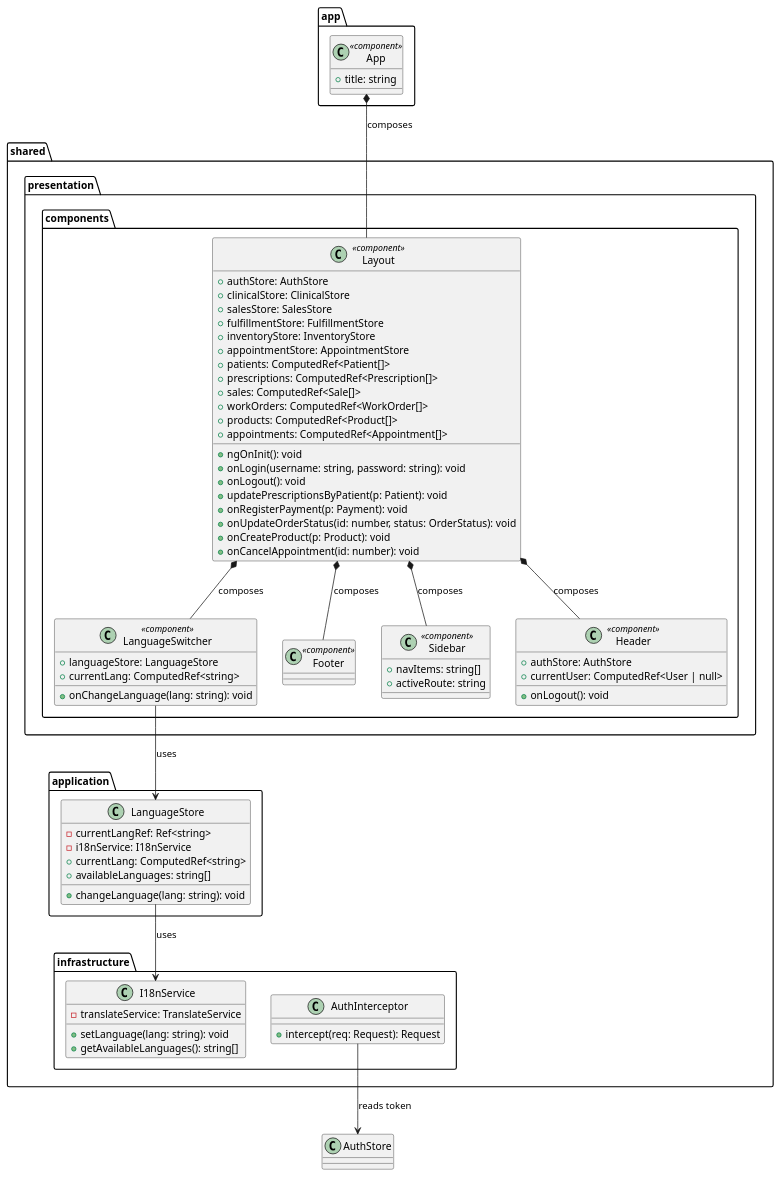
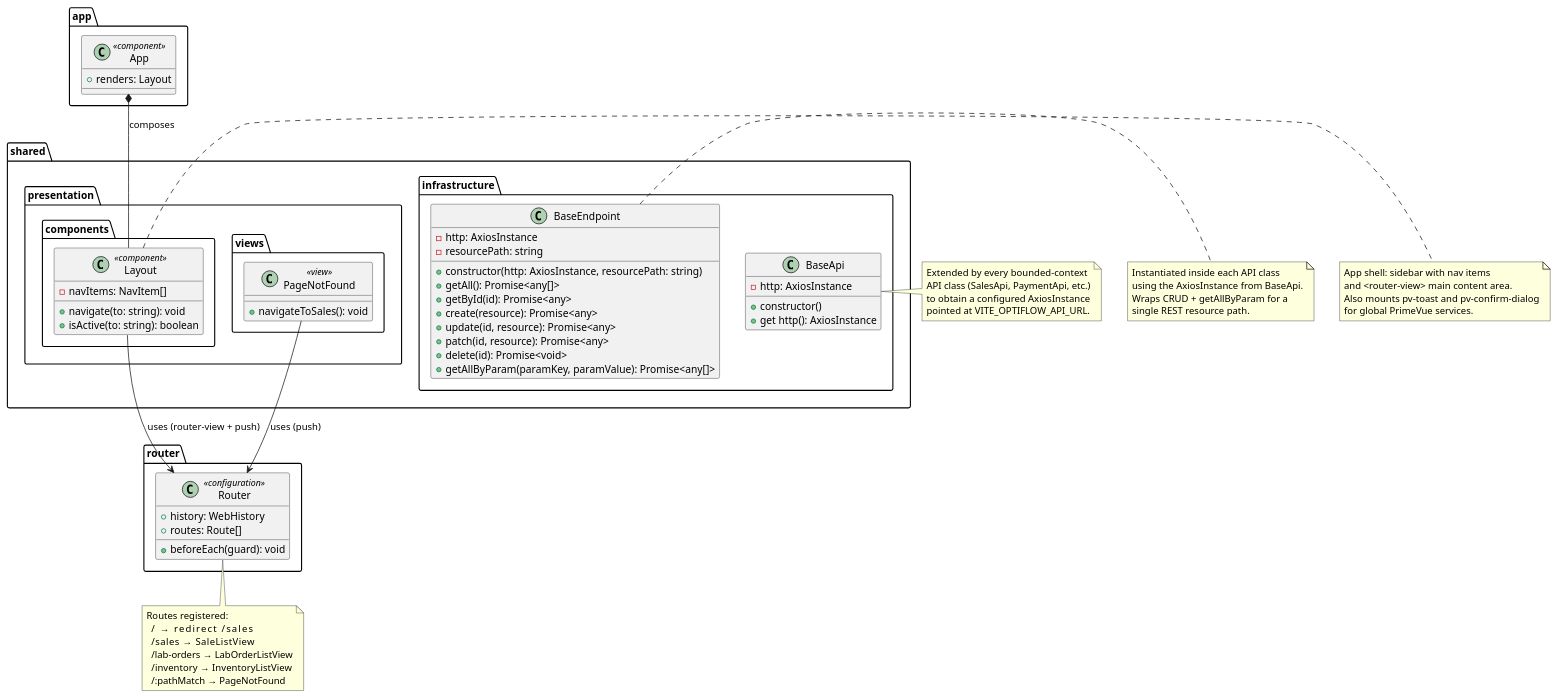
The diagram in src/docs/frontend-class-diagrams/class-diagram-app.puml (1asi0730-2610-10203-OptiFlow/OptiFlow-Frontend), drawn with PlantUML before and after one commit. The commit also changed 1 other file, not shown here.

Commit message:
docs: updated sales class diagram and implemented app class diagram

```diff
--- a/src/docs/frontend-class-diagrams/class-diagram-app.puml
+++ b/src/docs/frontend-class-diagrams/class-diagram-app.puml
@@ -1,80 +1,85 @@
 @startuml BC-00_Shared
 
 package "app" {
   class App <<component>> {
-    + title: string
+    + renders: Layout
+  }
+}
+
+package "router" {
+  class Router <<configuration>> {
+    + history: WebHistory
+    + routes: Route[]
+    + beforeEach(guard): void
   }
 }
 
 package "shared.infrastructure" {
-  class AuthInterceptor {
-    + intercept(req: Request): Request
+  class BaseApi {
+    - http: AxiosInstance
+    + constructor()
+    + get http(): AxiosInstance
   }
-  class I18nService {
-    - translateService: TranslateService
-    + setLanguage(lang: string): void
-    + getAvailableLanguages(): string[]
-  }
-}
-
-package "shared.application" {
-  class LanguageStore {
-    - currentLangRef: Ref<string>
-    - i18nService: I18nService
-    + currentLang: ComputedRef<string>
-    + availableLanguages: string[]
-    + changeLanguage(lang: string): void
+  class BaseEndpoint {
+    - http: AxiosInstance
+    - resourcePath: string
+    + constructor(http: AxiosInstance, resourcePath: string)
+    + getAll(): Promise<any[]>
+    + getById(id): Promise<any>
+    + create(resource): Promise<any>
+    + update(id, resource): Promise<any>
+    + patch(id, resource): Promise<any>
+    + delete(id): Promise<void>
+    + getAllByParam(paramKey, paramValue): Promise<any[]>
   }
 }
 
 package "shared.presentation.components" {
   class Layout <<component>> {
-    + authStore: AuthStore
-    + clinicalStore: ClinicalStore
-    + salesStore: SalesStore
-    + fulfillmentStore: FulfillmentStore
-    + inventoryStore: InventoryStore
-    + appointmentStore: AppointmentStore
-    + patients: ComputedRef<Patient[]>
-    + prescriptions: ComputedRef<Prescription[]>
-    + sales: ComputedRef<Sale[]>
-    + workOrders: ComputedRef<WorkOrder[]>
-    + products: ComputedRef<Product[]>
-    + appointments: ComputedRef<Appointment[]>
-    + ngOnInit(): void
-    + onLogin(username: string, password: string): void
-    + onLogout(): void
-    + updatePrescriptionsByPatient(p: Patient): void
-    + onRegisterPayment(p: Payment): void
-    + onUpdateOrderStatus(id: number, status: OrderStatus): void
-    + onCreateProduct(p: Product): void
-    + onCancelAppointment(id: number): void
+    - navItems: NavItem[]
+    + navigate(to: string): void
+    + isActive(to: string): boolean
   }
-  class LanguageSwitcher <<component>> {
-    + languageStore: LanguageStore
-    + currentLang: ComputedRef<string>
-    + onChangeLanguage(lang: string): void
-  }
-  class Footer <<component>> {
-  }
-  class Sidebar <<component>> {
-    + navItems: string[]
-    + activeRoute: string
-  }
-  class Header <<component>> {
-    + authStore: AuthStore
-    + currentUser: ComputedRef<User | null>
-    + onLogout(): void
+}
+
+package "shared.presentation.views" {
+  class PageNotFound <<view>> {
+    + navigateToSales(): void
   }
 }
 
 App *-- Layout : composes
-Layout *-- Sidebar : composes
-Layout *-- Header : composes
-Layout *-- LanguageSwitcher : composes
-Layout *-- Footer : composes
-LanguageStore --> I18nService : uses
-LanguageSwitcher --> LanguageStore : uses
-AuthInterceptor --> AuthStore : reads token
+Layout --> Router : uses (router-view + push)
+PageNotFound --> Router : uses (push)
+
+note right of BaseApi
+  Extended by every bounded-context
+  API class (SalesApi, PaymentApi, etc.)
+  to obtain a configured AxiosInstance
+  pointed at VITE_OPTIFLOW_API_URL.
+end note
+
+note right of BaseEndpoint
+  Instantiated inside each API class
+  using the AxiosInstance from BaseApi.
+  Wraps CRUD + getAllByParam for a
+  single REST resource path.
+end note
+
+note right of Layout
+  App shell: sidebar with nav items
+  and <router-view> main content area.
+  Also mounts pv-toast and pv-confirm-dialog
+  for global PrimeVue services.
+end note
+
+note bottom of Router
+  Routes registered:
+    /          → redirect /sales
+    /sales     → SaleListView
+    /lab-orders → LabOrderListView
+    /inventory  → InventoryListView
+    /:pathMatch → PageNotFound
+end note
 
 @enduml
```
